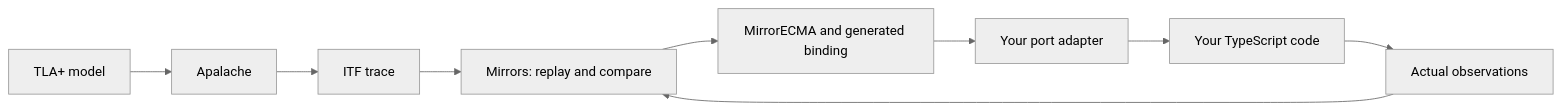
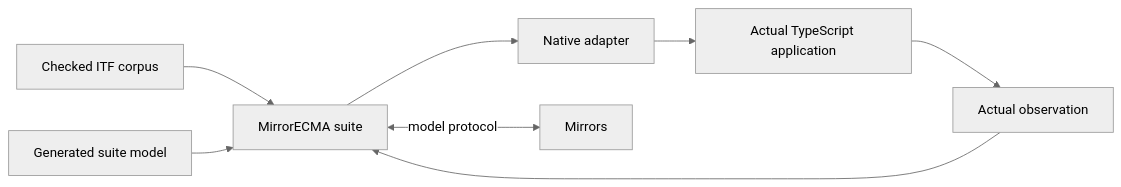
One commit to NzSN/Mirrors changed the diagram in Docs/mirrorecma-typescript-mbt-user-manual.md. Above: the diagram before and after it, drawn with Mermaid (neutral theme). The commit also changed other lines of this file and 11 other files, not shown here.

Commit message:
docs: adopt suite-based application integration

````diff
--- a/Docs/mirrorecma-typescript-mbt-user-manual.md
+++ b/Docs/mirrorecma-typescript-mbt-user-manual.md
@@ -29,11 +23,10 @@
 ```mermaid
 flowchart LR
-    Model[TLA+ model] --> Apalache[Apalache]
-    Apalache --> Trace[ITF trace]
-    Trace --> Mirrors[Mirrors: replay and compare]
-    Mirrors --> Client[MirrorECMA and generated binding]
-    Client --> Adapter[Your port adapter]
-    Adapter --> SUT[Your TypeScript code]
-    SUT --> Observations[Actual observations]
-    Observations --> Mirrors
+  Trace["Checked ITF corpus"] --> Suite["MirrorECMA suite"]
+  Model["Generated suite model"] --> Suite
+  Suite --> Adapter["Native adapter"]
+  Adapter --> SUT["Actual TypeScript application"]
+  SUT --> Observation["Actual observation"]
+  Observation --> Suite
+  Suite <-->|"model protocol"| Mirrors
 ```
````
